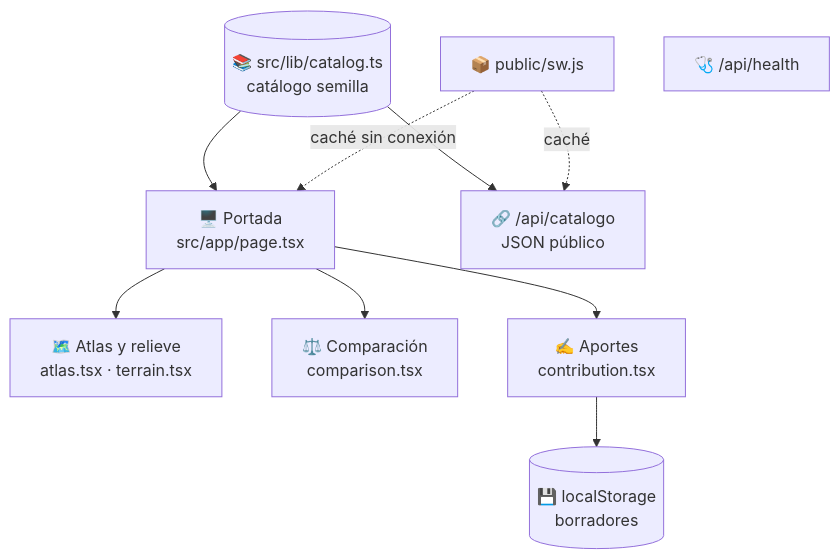
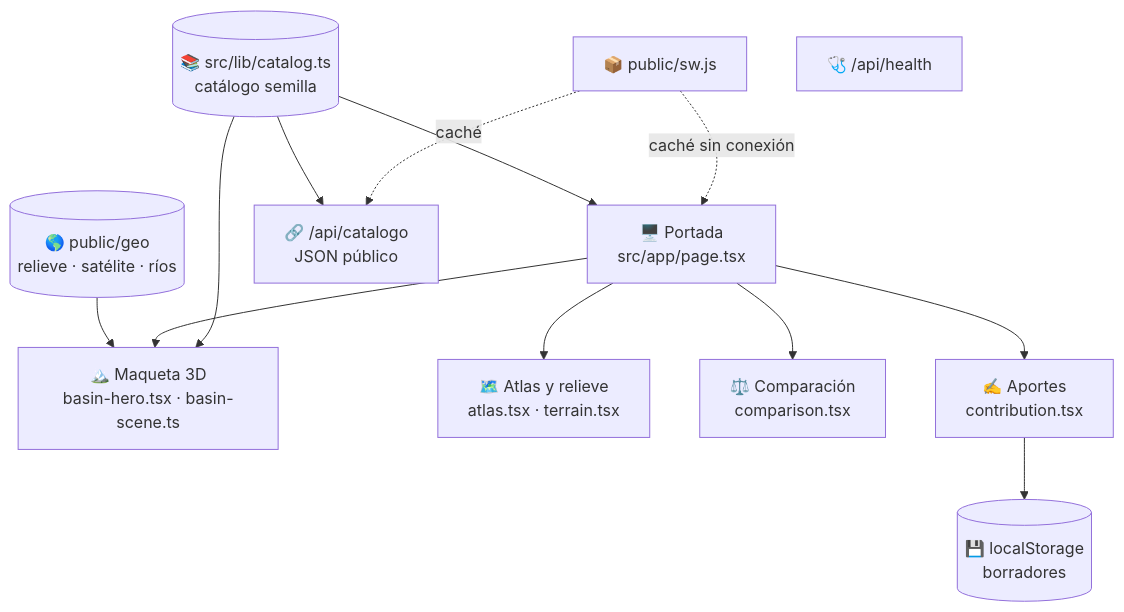
The third of 5 diagrams in README.md (Quri-Nawi/Quri-Nawi), drawn with Mermaid before and after one commit. The commit also changed other lines of this file and 3 other files, not shown here.

````diff
--- a/README.md
+++ b/README.md
@@ -127,13 +140,16 @@
 ```mermaid
 flowchart TB
     C[("📚 src/lib/catalog.ts<br>catálogo semilla")]
     C --> P["🖥️ Portada<br>src/app/page.tsx"]
+    G[("🌎 public/geo<br>relieve · satélite · ríos")] --> M["🏔️ Maqueta 3D<br>basin-hero.tsx · basin-scene.ts"]
+    P --> M
+    C --> M
     C --> J["🔗 /api/catalogo<br>JSON público"]
     P --> A["🗺️ Atlas y relieve<br>atlas.tsx · terrain.tsx"]
     P --> K["⚖️ Comparación<br>comparison.tsx"]
     P --> B["✍️ Aportes<br>contribution.tsx"]
     B --> L[("💾 localStorage<br>borradores")]
     SW["📦 public/sw.js"] -. caché sin conexión .-> P
     SW -. caché .-> J
     H["🩺 /api/health"]
 ```
````
